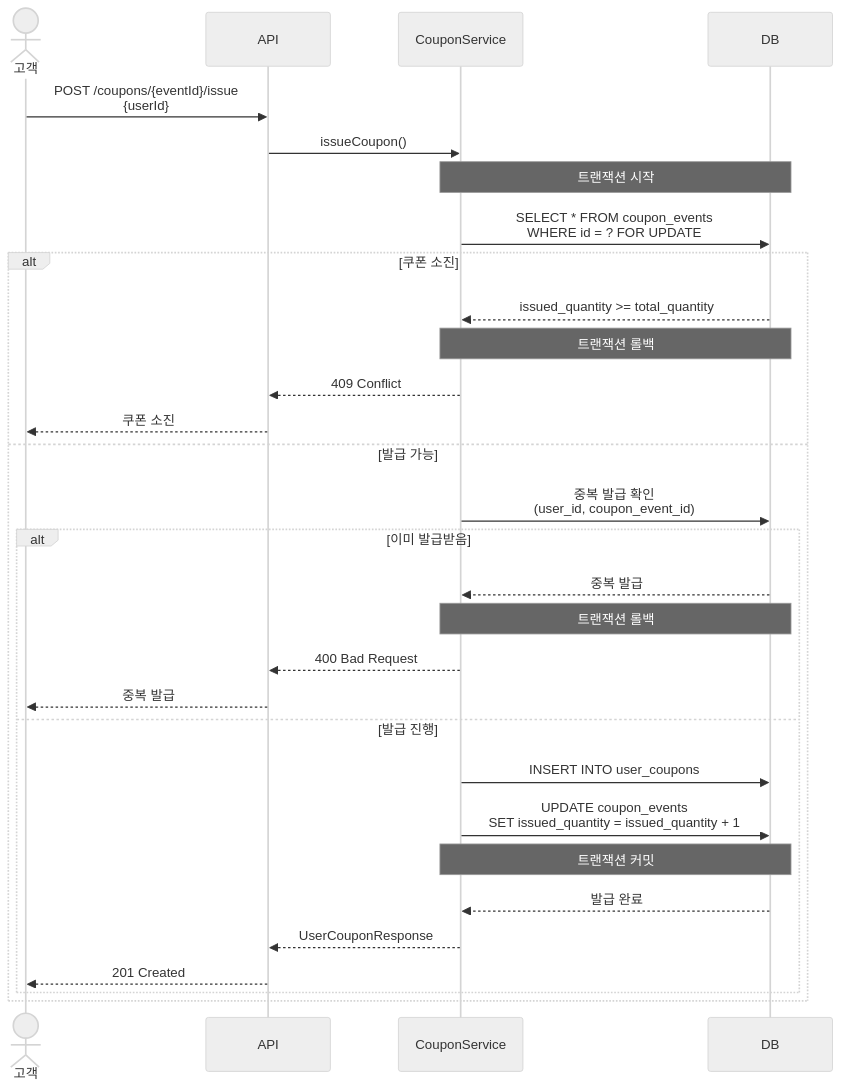
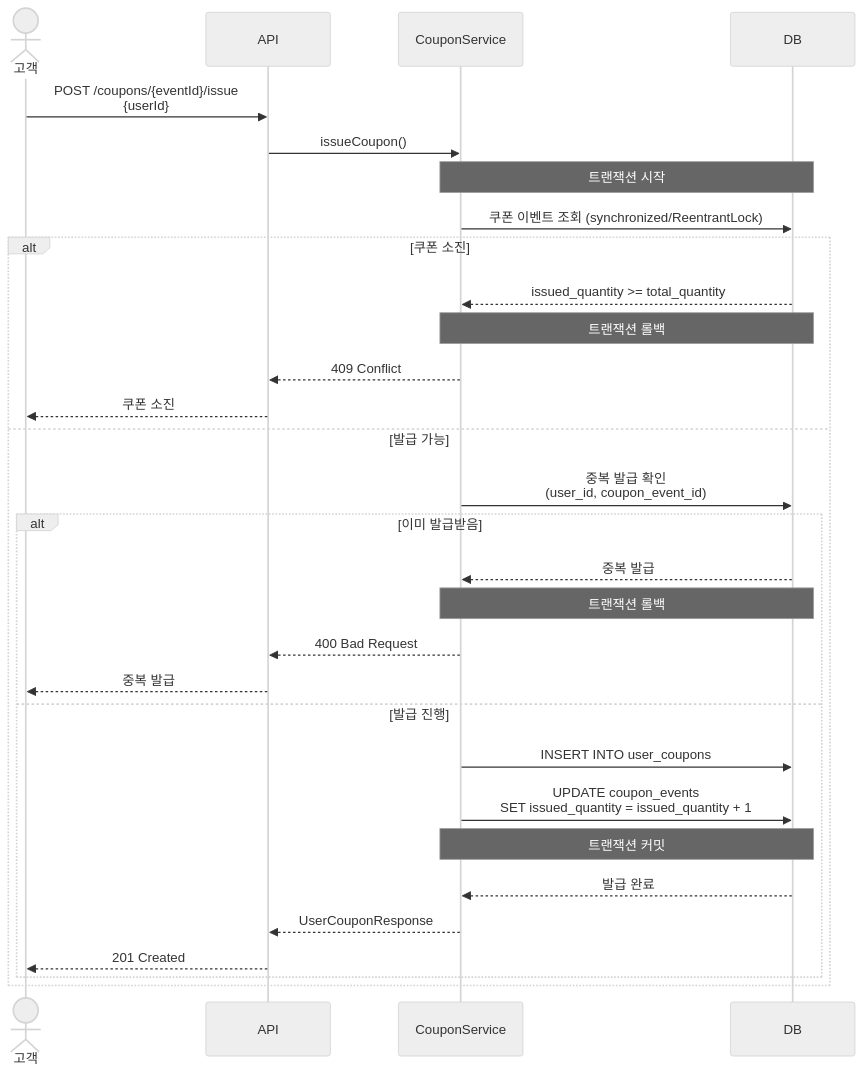
One commit to jaedeokhan/start-study changed the eighth of 9 diagrams in week2-api-design-management/api-swagger/docs/api/sequence-diagrams.md. Above: the diagram before and after it, drawn with Mermaid (neutral theme). The commit also changed other lines of this file and 6 other files, not shown here.

Commit message:
chore: 상품, 주문, 결제, 쿠폰, 재고 ERD 및 시퀀스 및 ERD 구성

````diff
--- a/week2-api-design-management/api-swagger/docs/api/sequence-diagrams.md
+++ b/week2-api-design-management/api-swagger/docs/api/sequence-diagrams.md
@@ -221,41 +221,41 @@
 ```mermaid
 sequenceDiagram
     actor 고객
     participant API
     participant CouponService
     participant DB
 
     고객->>API: POST /coupons/{eventId}/issue<br/>{userId}
     API->>CouponService: issueCoupon()
 
     Note over CouponService,DB: 트랜잭션 시작
 
-    CouponService->>DB: SELECT * FROM coupon_events<br/>WHERE id = ? FOR UPDATE
+    CouponService->>DB: 쿠폰 이벤트 조회 (synchronized/ReentrantLock)
 
     alt 쿠폰 소진
         DB-->>CouponService: issued_quantity >= total_quantity
         Note over CouponService,DB: 트랜잭션 롤백
         CouponService-->>API: 409 Conflict
         API-->>고객: 쿠폰 소진
 
     else 발급 가능
         CouponService->>DB: 중복 발급 확인<br/>(user_id, coupon_event_id)
 
         alt 이미 발급받음
             DB-->>CouponService: 중복 발급
             Note over CouponService,DB: 트랜잭션 롤백
             CouponService-->>API: 400 Bad Request
             API-->>고객: 중복 발급
 
         else 발급 진행
             CouponService->>DB: INSERT INTO user_coupons
             CouponService->>DB: UPDATE coupon_events<br/>SET issued_quantity = issued_quantity + 1
 
             Note over CouponService,DB: 트랜잭션 커밋
 
             DB-->>CouponService: 발급 완료
             CouponService-->>API: UserCouponResponse
             API-->>고객: 201 Created
         end
     end
 ```
````
